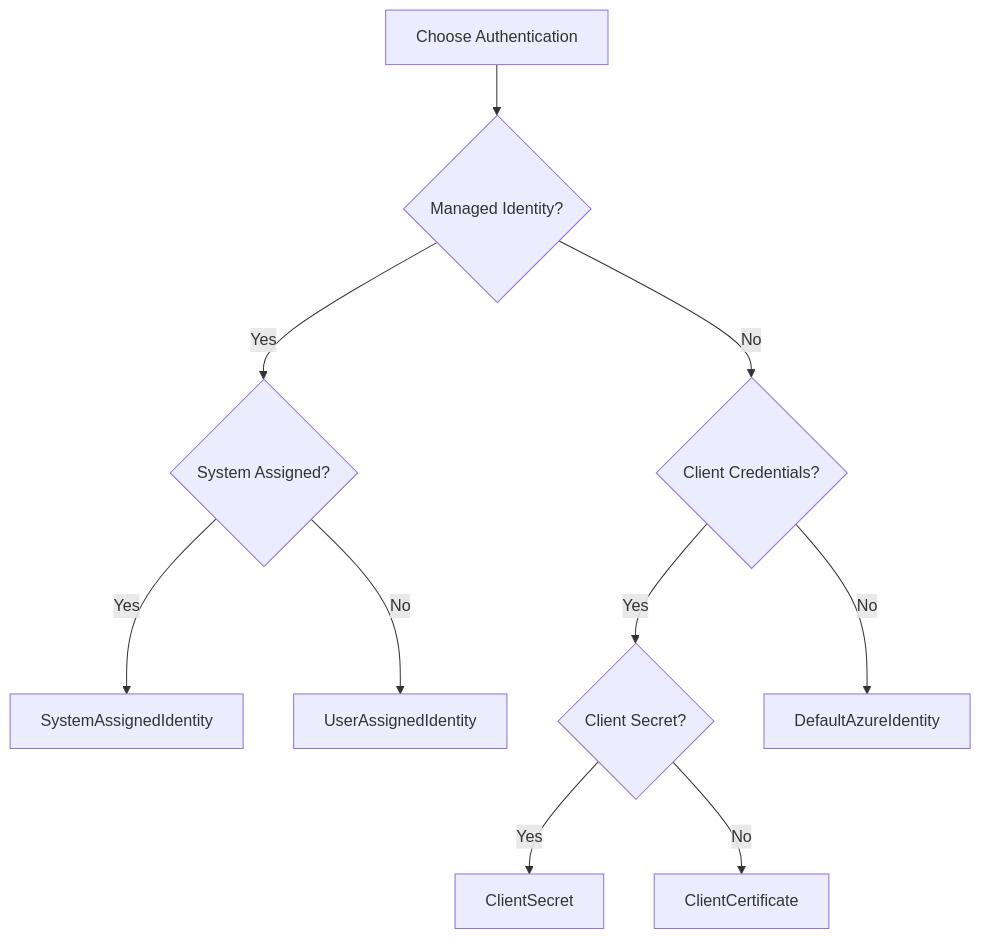
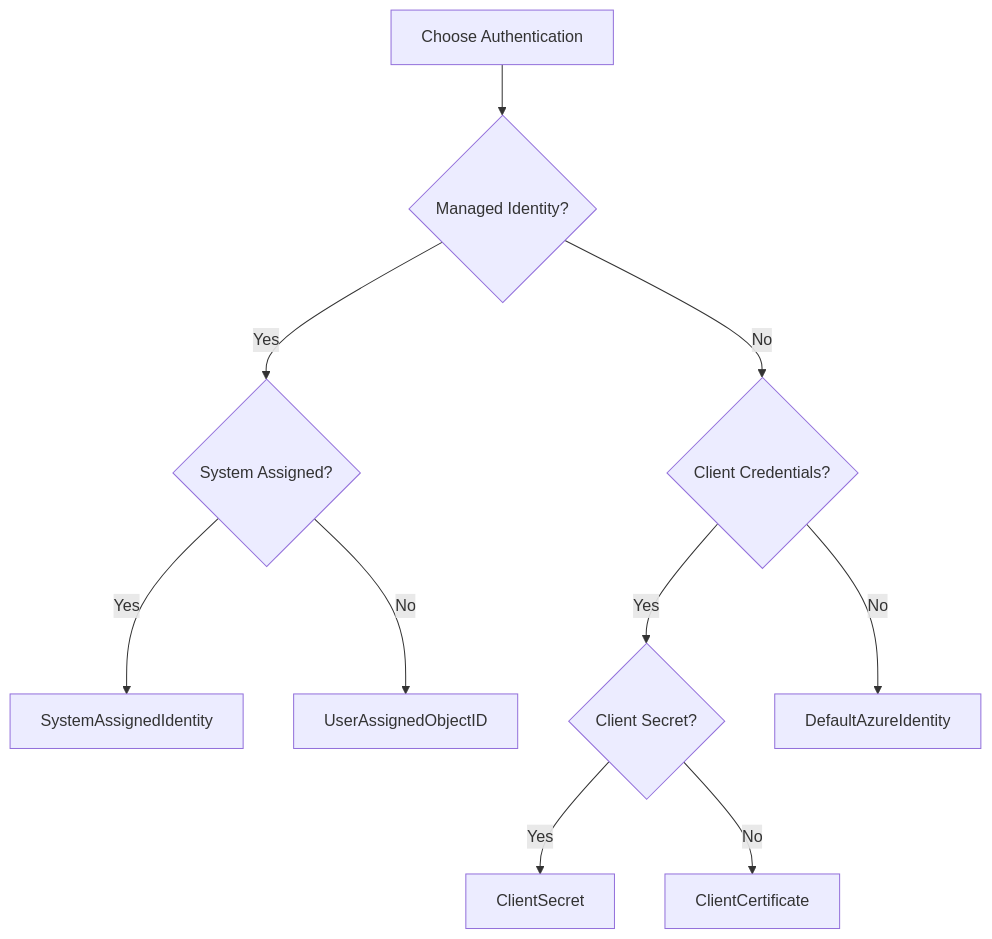
Before and after one commit to redis/go-redis-entraid: the third of 3 diagrams in README.md, drawn with Mermaid. The commit also changed other lines of this file and 6 other files, not shown here.

Commit message:
wip(examples): use object id for user assigned

````diff
--- a/README.md
+++ b/README.md
@@ -175,12 +175,12 @@
 ```mermaid
 graph TD
     A[Choose Authentication] --> B{Managed Identity?}
     B -->|Yes| C{System Assigned?}
     B -->|No| D{Client Credentials?}
     C -->|Yes| E[SystemAssignedIdentity]
-    C -->|No| F[UserAssignedIdentity]
+    C -->|No| F[UserAssignedObjectID]
     D -->|Yes| G{Client Secret?}
     D -->|No| H[DefaultAzureIdentity]
     G -->|Yes| I[ClientSecret]
     G -->|No| J[ClientCertificate]
 ```
````
